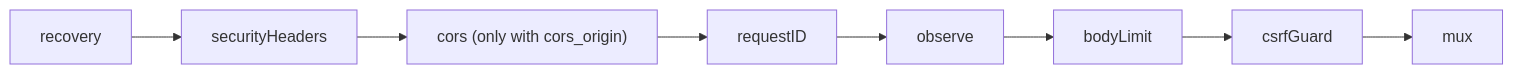
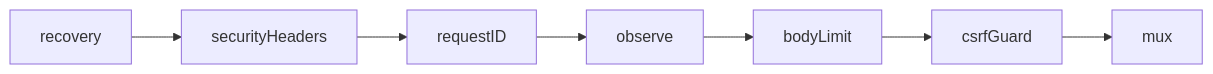
One commit to mhersson/contextmatrix changed the second of 3 diagrams in docs/architecture.md. Above: the diagram before and after it, drawn with Mermaid. The commit also changed other lines of this file and 12 other files, not shown here.

First line of the commit message:
refactor(config): retire cors_origin and mob.max_rounds as ignored keys

````diff
--- a/docs/architecture.md
+++ b/docs/architecture.md
@@ -195,5 +195,4 @@
 ```mermaid
 flowchart LR
-  recovery --> securityHeaders --> cors["cors (only with cors_origin)"]
-  cors --> requestID --> observe --> bodyLimit --> csrfGuard --> mux
+  recovery --> securityHeaders --> requestID --> observe --> bodyLimit --> csrfGuard --> mux
 ```
````
